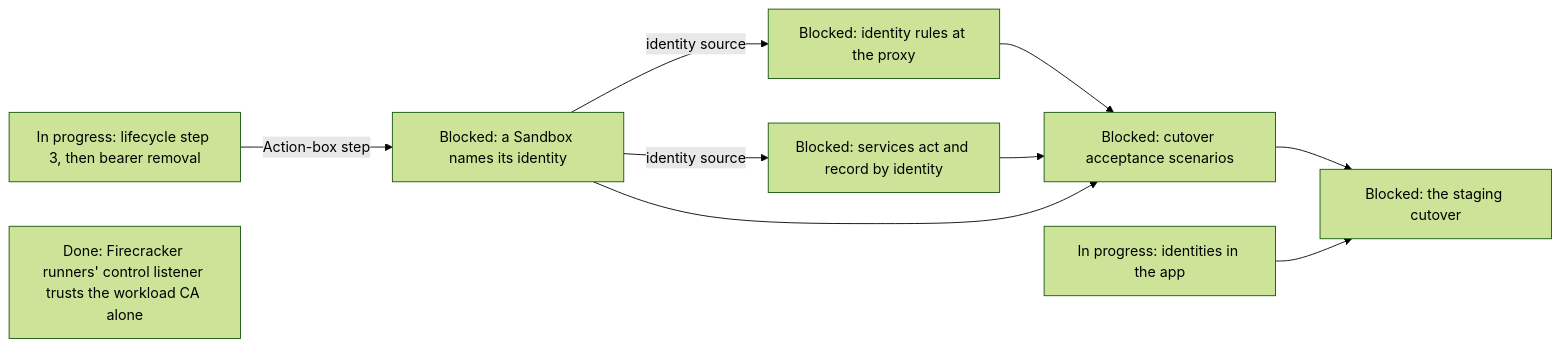
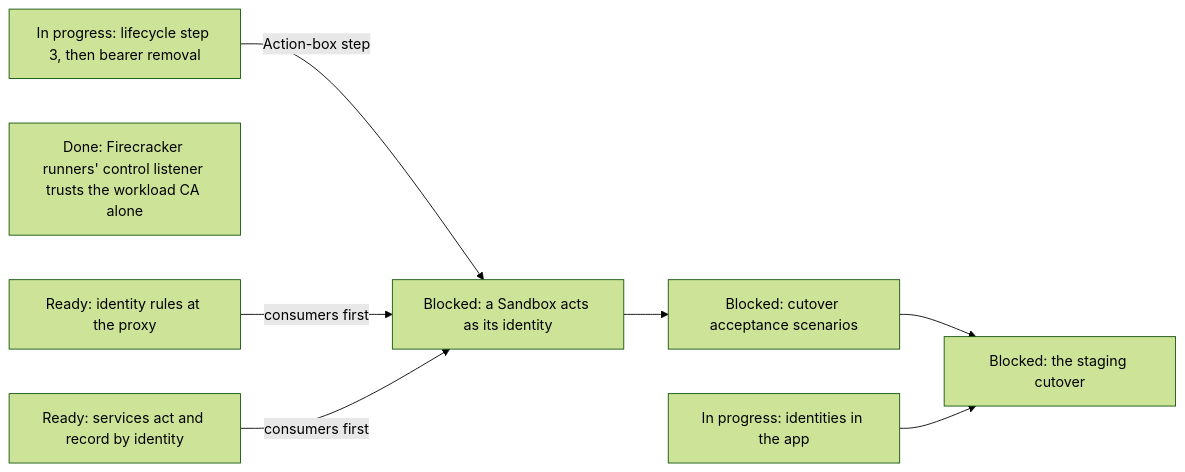
One commit to agentydragon/ducktape changed diagram 17 of 19 in agentplane/plans/task_dag.md. Above: the diagram before and after it, drawn with Mermaid (forest theme). The commit also changed other lines of this file and 2 other files, not shown here.

First line of the commit message:
agentplane/plans: SANDBOX_IDENTITY_SPEC switches after the identity consumers

````diff
--- a/agentplane/plans/task_dag.md
+++ b/agentplane/plans/task_dag.md
@@ -3017,14 +3017,14 @@
 ```mermaid
 flowchart LR
     WORKLOAD_AUTH_CUTOVER[In progress: lifecycle step 3, then bearer removal]
     APP_IDENTITIES_UI[In progress: identities in the app]
     WORKLOAD_CA_CLIENT_TRUST[Done: Firecracker runners' control listener trusts the workload CA alone]
-    WORKLOAD_AUTH_CUTOVER -->|Action-box step| SANDBOX_IDENTITY_SPEC[Blocked: a Sandbox names its identity]
-    SANDBOX_IDENTITY_SPEC -->|identity source| EGRESS_IDENTITY_RULES[Blocked: identity rules at the proxy]
-    SANDBOX_IDENTITY_SPEC -->|identity source| SERVICES_IDENTITY_PRINCIPAL[Blocked: services act and record by identity]
-    EGRESS_IDENTITY_RULES --> IDENTITY_SYSTEM_TESTS[Blocked: cutover acceptance scenarios]
-    SERVICES_IDENTITY_PRINCIPAL --> IDENTITY_SYSTEM_TESTS
-    SANDBOX_IDENTITY_SPEC --> IDENTITY_SYSTEM_TESTS
+    EGRESS_IDENTITY_RULES[Ready: identity rules at the proxy]
+    SERVICES_IDENTITY_PRINCIPAL[Ready: services act and record by identity]
+    WORKLOAD_AUTH_CUTOVER -->|Action-box step| SANDBOX_IDENTITY_SPEC[Blocked: a Sandbox acts as its identity]
+    EGRESS_IDENTITY_RULES -->|consumers first| SANDBOX_IDENTITY_SPEC
+    SERVICES_IDENTITY_PRINCIPAL -->|consumers first| SANDBOX_IDENTITY_SPEC
+    SANDBOX_IDENTITY_SPEC --> IDENTITY_SYSTEM_TESTS[Blocked: cutover acceptance scenarios]
     IDENTITY_SYSTEM_TESTS --> IDENTITY_CUTOVER[Blocked: the staging cutover]
     APP_IDENTITIES_UI --> IDENTITY_CUTOVER
 ```
````
